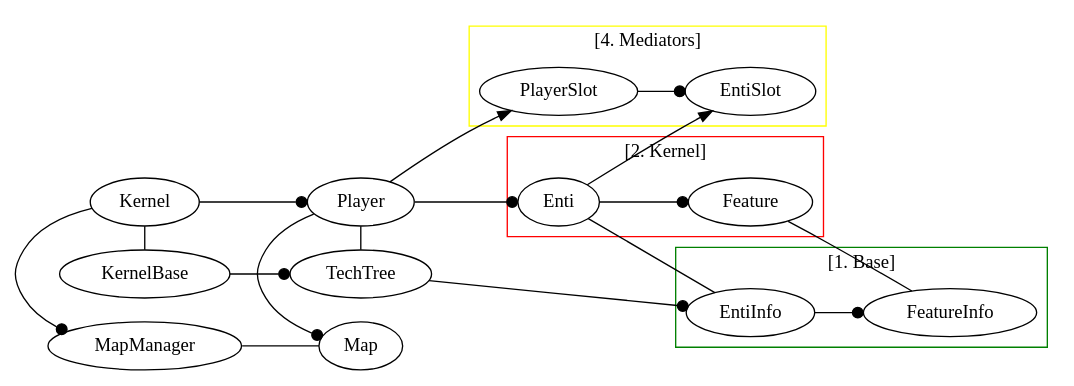
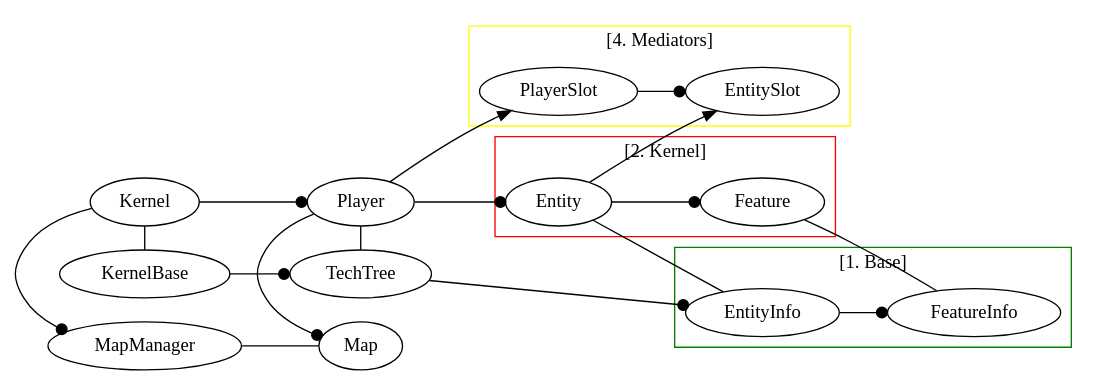
The diagram in docs/dot_diagrams/Strategix.dot (Akela1101/strategix), drawn with Graphviz before and after one commit. The commit also changed 46 other files, not shown here.

```diff
--- a/docs/dot_diagrams/Strategix.dot
+++ b/docs/dot_diagrams/Strategix.dot
@@ -1,51 +1,51 @@
 digraph G 
 {
 	rankdir = LR;
 
 	subgraph cluster2
 	{
 		label = "[3. Maps]"
 		color = blue;		
 		MapManager -> Map [arrowhead = none]
 	}
 
 	subgraph cluster3
 	{
 		label = "[4. Mediators]"
 		color = yellow;		
-		PlayerSlot -> EntiSlot [arrowhead = dot]
+		PlayerSlot -> EntitySlot [arrowhead = dot]
 	}
 
 	subgraph cluster0
 	{
 		label = "[2. Kernel]"
 		color = red;
 		Kernel -> Player [arrowhead = dot]
-		Player -> Enti [arrowhead = dot]
-		Enti -> Feature [arrowhead = dot]
+		Player -> Entity [arrowhead = dot]
+		Entity -> Feature [arrowhead = dot]
 	}
 	
 	subgraph cluster1
 	{
 		label = "[1. Base]"
 		color = green;		
 		KernelBase -> TechTree [arrowhead = dot]
-		TechTree -> EntiInfo [arrowhead = dot]
-		EntiInfo -> FeatureInfo [arrowhead = dot]
+		TechTree -> EntityInfo [arrowhead = dot]
+		EntityInfo -> FeatureInfo [arrowhead = dot]
 	}
 	
 	Kernel -> MapManager [arrowhead = dot]
 	Kernel -> KernelBase [arrowhead = none]
 	
 	Player -> PlayerSlot
 	Player -> TechTree [arrowhead = none]
 	Player -> Map [arrowhead = dot]
 	
-	Enti -> EntiSlot
-	Enti -> EntiInfo [arrowhead = none]
+	Entity -> EntitySlot
+	Entity -> EntityInfo [arrowhead = none]
 
 	Feature -> FeatureInfo [arrowhead = none]
 	
 	{rank = same; Kernel; KernelBase; MapManager;}
 	{rank = same; Player; Map; TechTree}
 }
```
